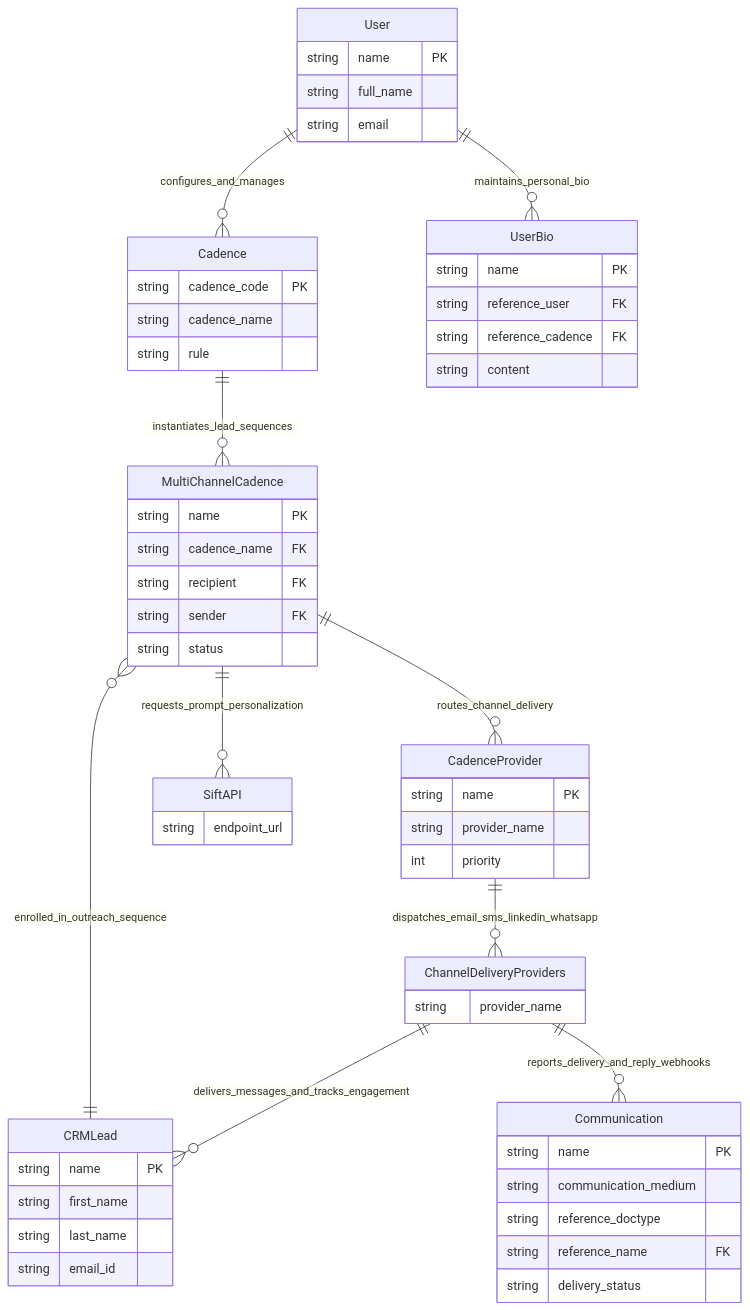
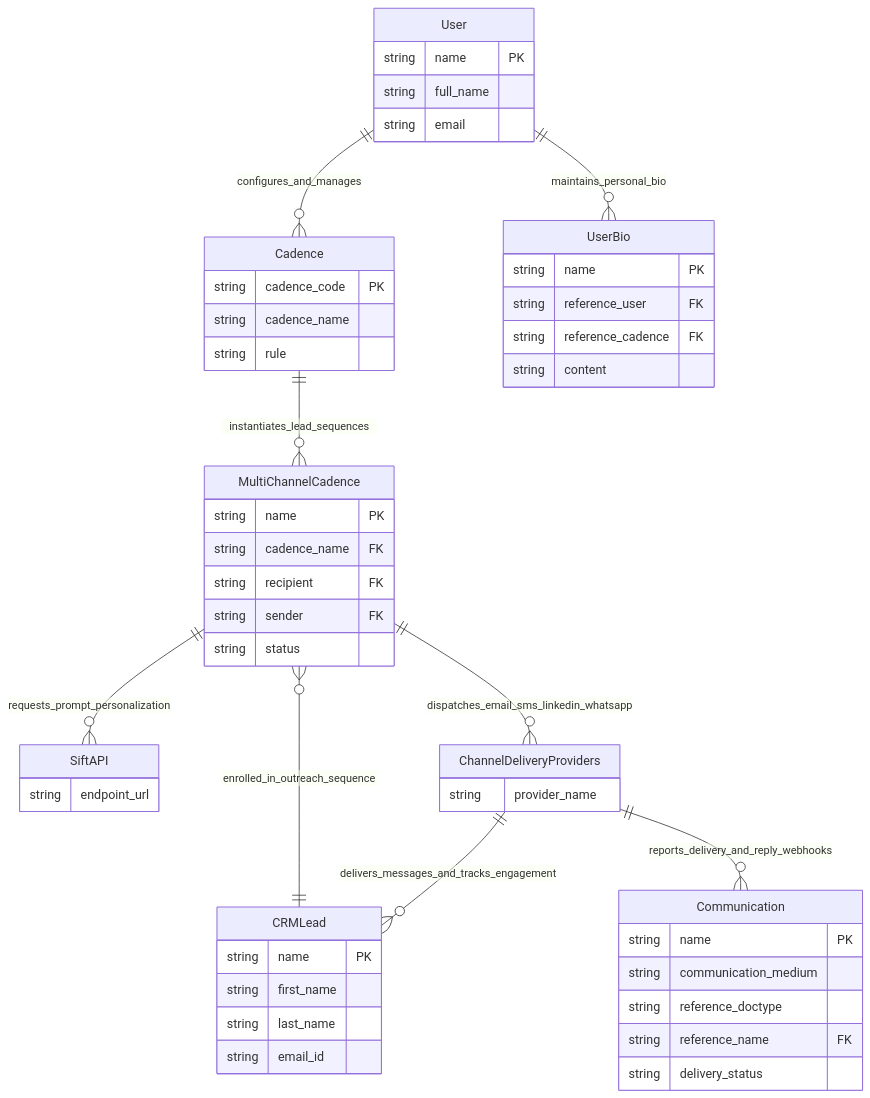
One commit to aurumorcom/frappe-cadence changed the diagram in docs/architecture/c4/01-system-context.md. Above: the diagram before and after it, drawn with Mermaid. The commit also changed other lines of this file and 9 other files, not shown here.

First line of the commit message:
docs: remove cadence provider abstraction layer

````diff
--- a/docs/architecture/c4/01-system-context.md
+++ b/docs/architecture/c4/01-system-context.md
@@ -8,68 +8,61 @@
 ```mermaid
 erDiagram
     User ||--o{ Cadence : "configures_and_manages"
     User ||--o{ UserBio : "maintains_personal_bio"
     CRMLead ||--o{ MultiChannelCadence : "enrolled_in_outreach_sequence"
     Cadence ||--o{ MultiChannelCadence : "instantiates_lead_sequences"
-    MultiChannelCadence ||--o{ CadenceProvider : "routes_channel_delivery"
     MultiChannelCadence ||--o{ SiftAPI : "requests_prompt_personalization"
-    CadenceProvider ||--o{ ChannelDeliveryProviders : "dispatches_email_sms_linkedin_whatsapp"
+    MultiChannelCadence ||--o{ ChannelDeliveryProviders : "dispatches_email_sms_linkedin_whatsapp"
     ChannelDeliveryProviders ||--o{ CRMLead : "delivers_messages_and_tracks_engagement"
     ChannelDeliveryProviders ||--o{ Communication : "reports_delivery_and_reply_webhooks"
 
     User {
         string name PK
         string full_name
         string email
     }
 
     Cadence {
         string cadence_code PK
         string cadence_name
         string rule
     }
 
     UserBio {
         string name PK
         string reference_user FK
         string reference_cadence FK
         string content
     }
 
     CRMLead {
         string name PK
         string first_name
         string last_name
         string email_id
     }
 
     MultiChannelCadence {
         string name PK
         string cadence_name FK
         string recipient FK
         string sender FK
         string status
     }
 
-    CadenceProvider {
-        string name PK
-        string provider_name
-        int priority
-    }
-
     Communication {
         string name PK
         string communication_medium
         string reference_doctype
         string reference_name FK
         string delivery_status
     }
 
     SiftAPI {
         string endpoint_url
     }
 
     ChannelDeliveryProviders {
         string provider_name
     }
 ```
````
